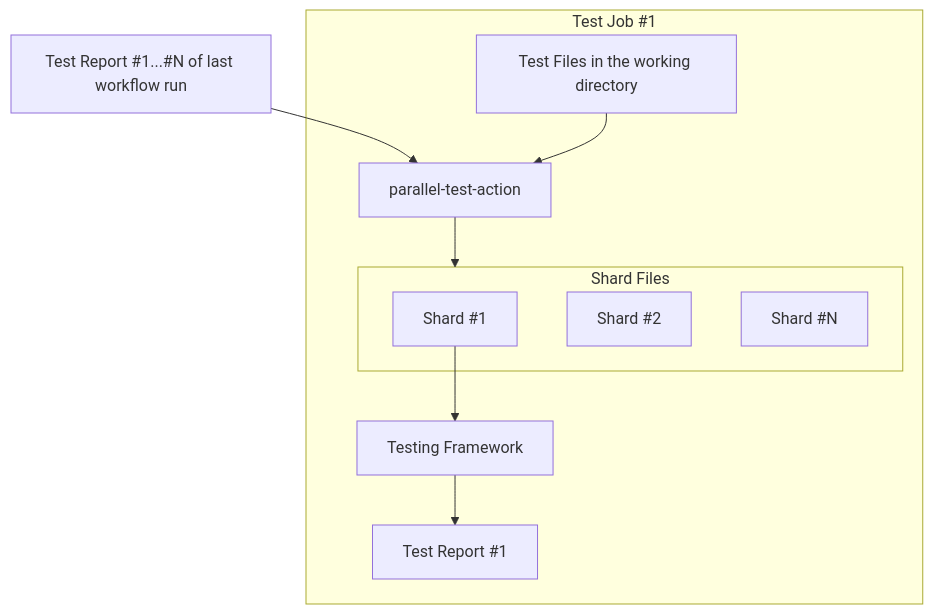
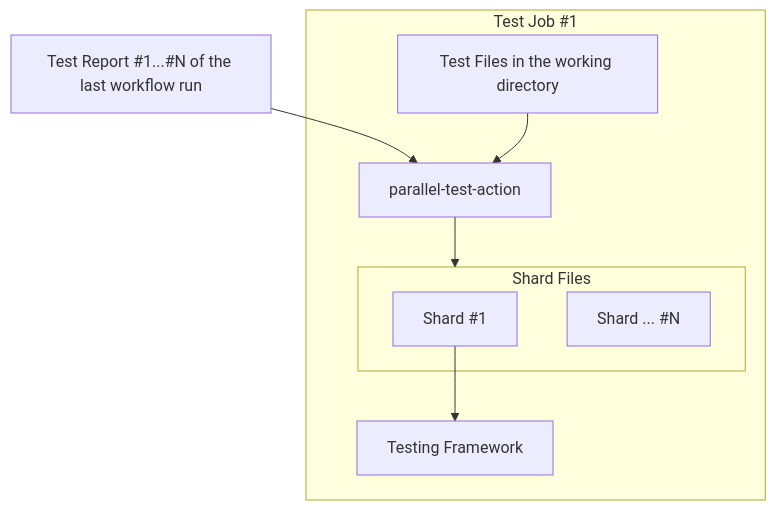
Before and after one commit to int128/parallel-test-action: the second of 3 diagrams in README.md, drawn with Mermaid. The commit also changed other lines of this file and 1 other file, not shown here.

````diff
--- a/README.md
+++ b/README.md
@@ -121,15 +129,14 @@
 ```mermaid
 graph TB
-  LTR[Test Report #1...#N of last workflow run] --> A
+  LTR[Test Report #1...#N of the last workflow run] --> A
   subgraph Test Job #1
     A[parallel-test-action]
     WT1[Test Files in the working directory] --> A
     subgraph SF[Shard Files]
       S1[Shard #1]
-      S2[Shard #2]
-      S3[Shard #N]
+      S3[Shard ... #N]
     end
     A --> SF
-    S1 --> T[Testing Framework] --> TR[Test Report #1]
+    S1 --> T[Testing Framework]
   end
 ```
````
